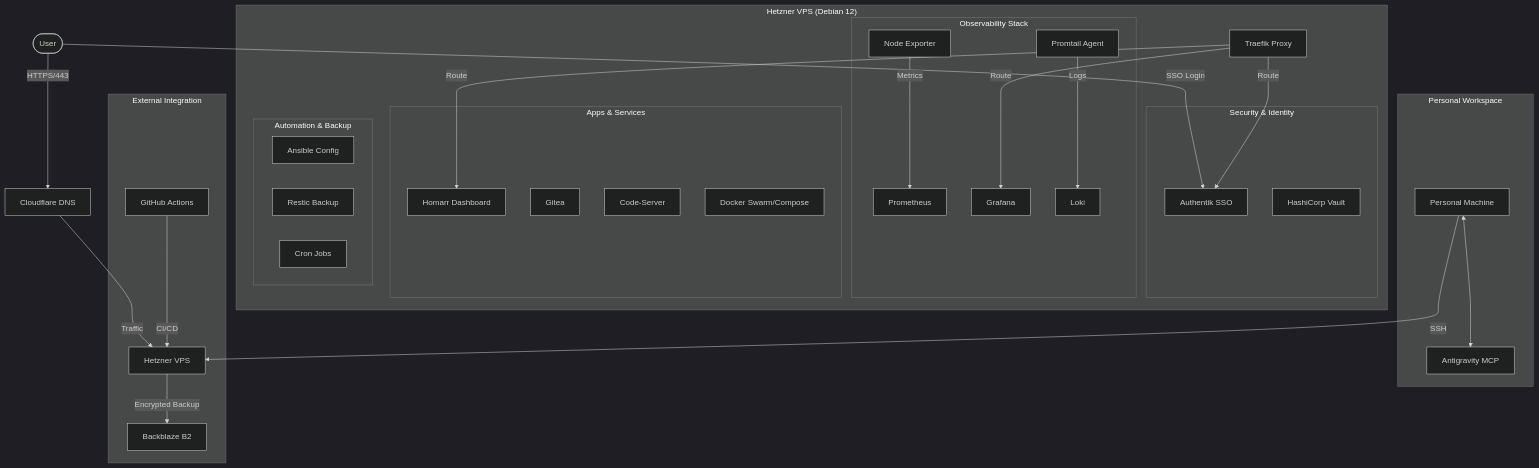
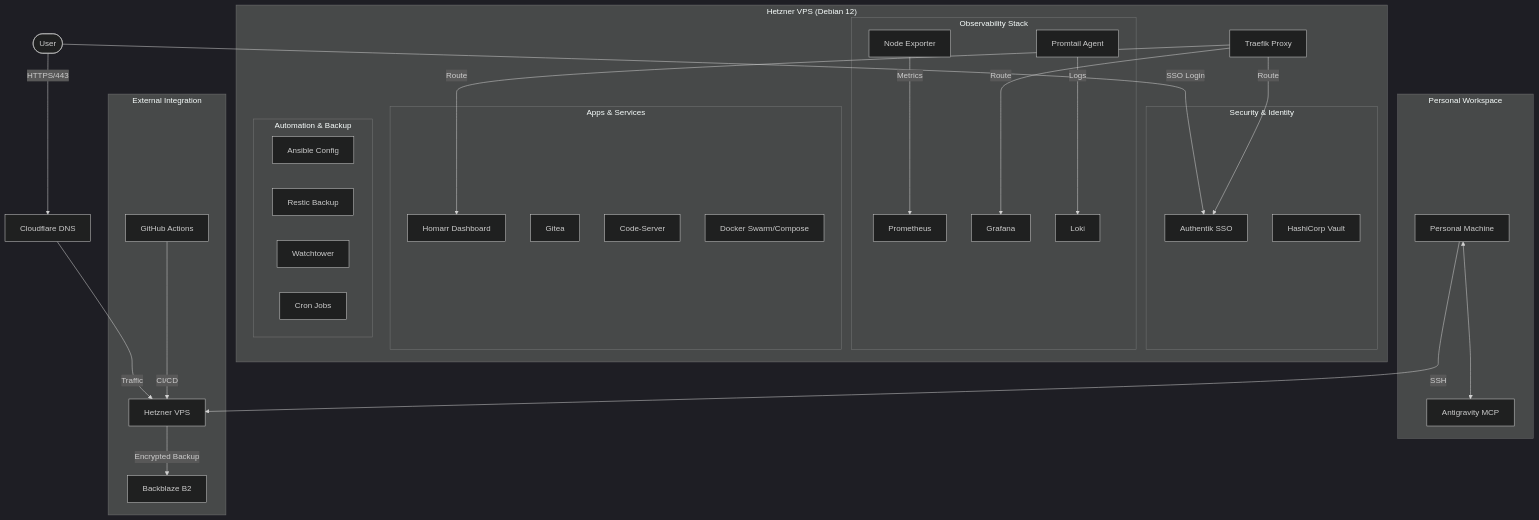
Before and after one commit to adam-benyekkou/my-homelab: the diagram in README.md, drawn with Mermaid (dark theme). The commit also changed other lines of this file and 3 other files, not shown here.

````diff
--- a/README.md
+++ b/README.md
@@ -7,55 +7,57 @@
 ```mermaid
 graph TD
     subgraph "Personal Workspace"
         Personal[Personal Machine]
         Antigravity[Antigravity MCP]
         Personal <--> Antigravity
     end
 
     User([User]) -->|HTTPS/443| CF[Cloudflare DNS]
     CF -->|Traffic| VPS[Hetzner VPS]
     Personal -->|SSH| VPS
     
     subgraph "Hetzner VPS (Debian 12)"
         ReverseProxy[Traefik Proxy]
         
         subgraph "Security & Identity"
             Authentik[Authentik SSO]
             Vault[HashiCorp Vault]
         end
         
         subgraph "Observability Stack"
             Prometheus[Prometheus]
             Grafana[Grafana]
             Loki[Loki]
             Promtail[Promtail Agent]
             NodeExp[Node Exporter]
         end
         
         subgraph "Apps & Services"
             Homarr[Homarr Dashboard]
             Gitea[Gitea]
             CodeServer[Code-Server]
             Docker[Docker Swarm/Compose]
         end
 
         subgraph "Automation & Backup"
             Ansible[Ansible Config]
             Restic[Restic Backup]
+            Watchtower[Watchtower]
             Cron[Cron Jobs]
         end
+
     end
     
     subgraph "External Integration"
         GitHub[GitHub Actions] -->|CI/CD| VPS
         VPS -->|Encrypted Backup| B2[Backblaze B2]
     end
 
 
     User -->|SSO Login| Authentik
     ReverseProxy -->|Route| Authentik
     ReverseProxy -->|Route| Homarr
     ReverseProxy -->|Route| Grafana
     Promtail -->|Logs| Loki
     NodeExp -->|Metrics| Prometheus
 ```
````
